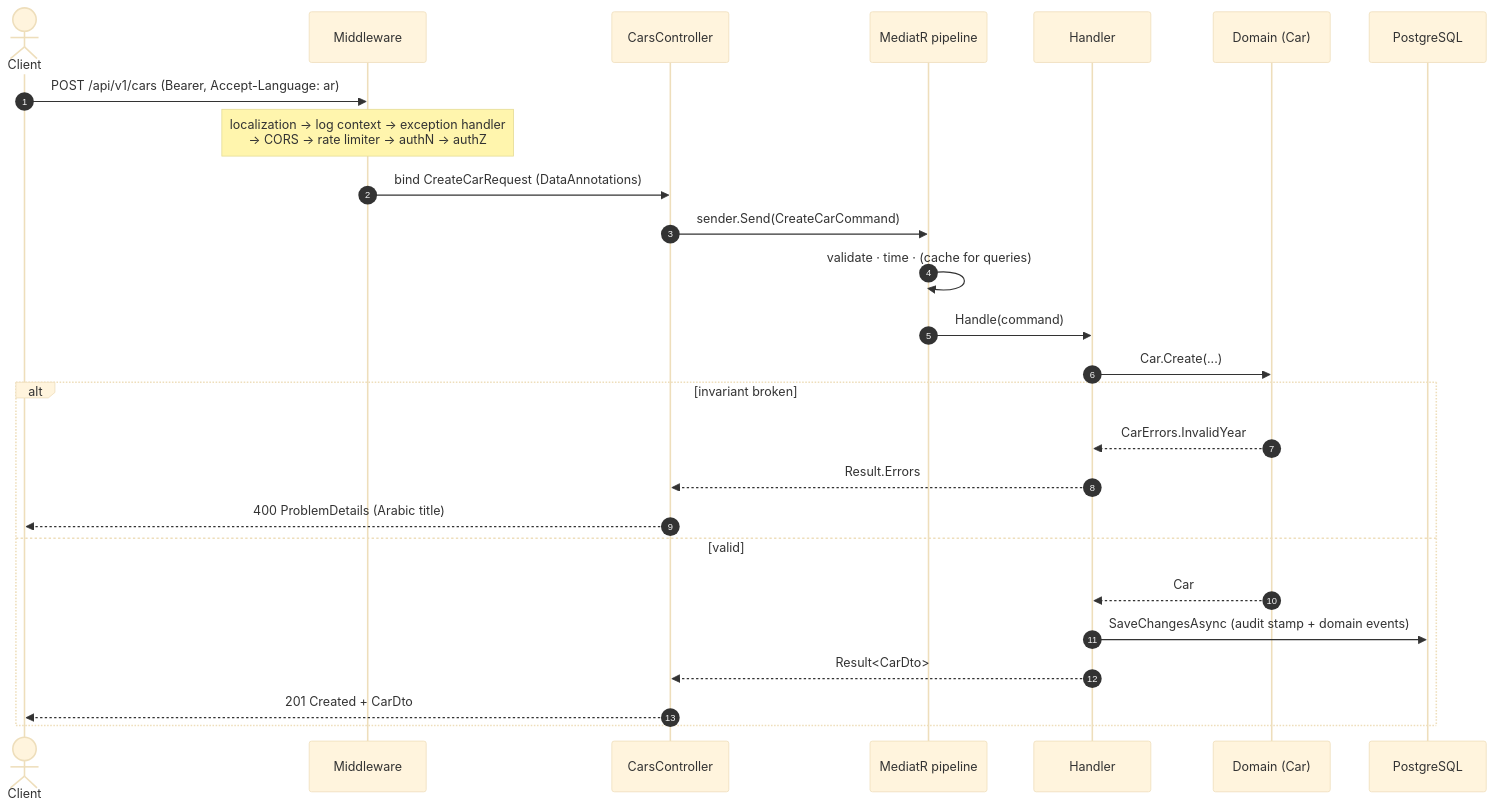
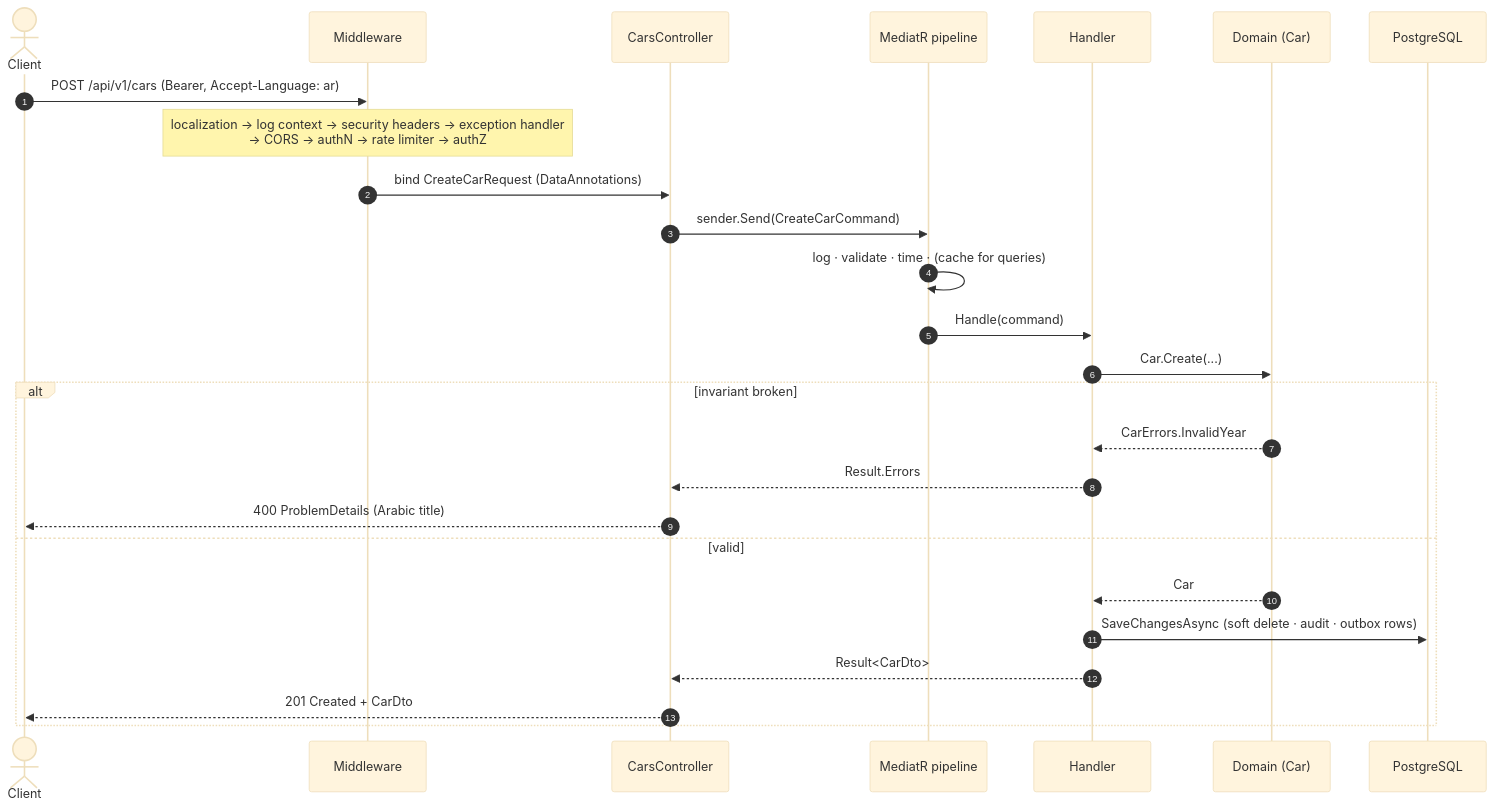
One commit to fat7i-alghareeb/BackEnd_templete changed the second of 13 diagrams in docs/SHOWCASE.md. Above: the diagram before and after it, drawn with Mermaid (base theme). The commit also changed other lines of this file and 49 other files, not shown here.

````diff
--- a/docs/SHOWCASE.md
+++ b/docs/SHOWCASE.md
@@ -202,29 +202,29 @@
 ```mermaid
 sequenceDiagram
     autonumber
     actor C as Client
     participant M as Middleware
     participant K as CarsController
     participant P as MediatR pipeline
     participant H as Handler
     participant D as Domain (Car)
     participant DB as PostgreSQL
 
     C->>M: POST /api/v1/cars  (Bearer, Accept-Language: ar)
-    Note over M: localization → log context → exception handler<br/>→ CORS → rate limiter → authN → authZ
+    Note over M: localization → log context → security headers → exception handler<br/>→ CORS → authN → rate limiter → authZ
     M->>K: bind CreateCarRequest (DataAnnotations)
     K->>P: sender.Send(CreateCarCommand)
-    P->>P: validate · time · (cache for queries)
+    P->>P: log · validate · time · (cache for queries)
     P->>H: Handle(command)
     H->>D: Car.Create(...)
     alt invariant broken
         D-->>H: CarErrors.InvalidYear
         H-->>K: Result.Errors
         K-->>C: 400 ProblemDetails (Arabic title)
     else valid
         D-->>H: Car
-        H->>DB: SaveChangesAsync (audit stamp + domain events)
+        H->>DB: SaveChangesAsync (soft delete · audit · outbox rows)
         H-->>K: Result#lt;CarDto#gt;
         K-->>C: 201 Created + CarDto
     end
 ```
````
